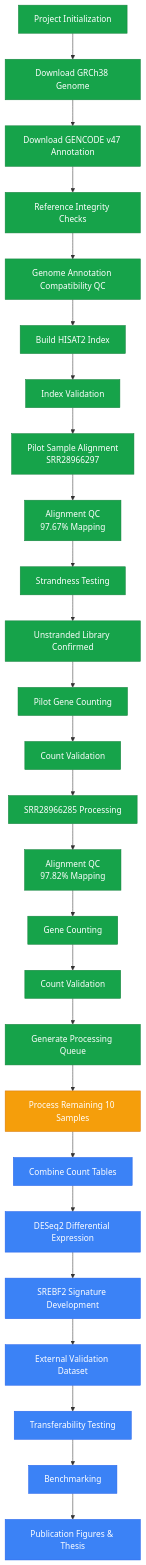
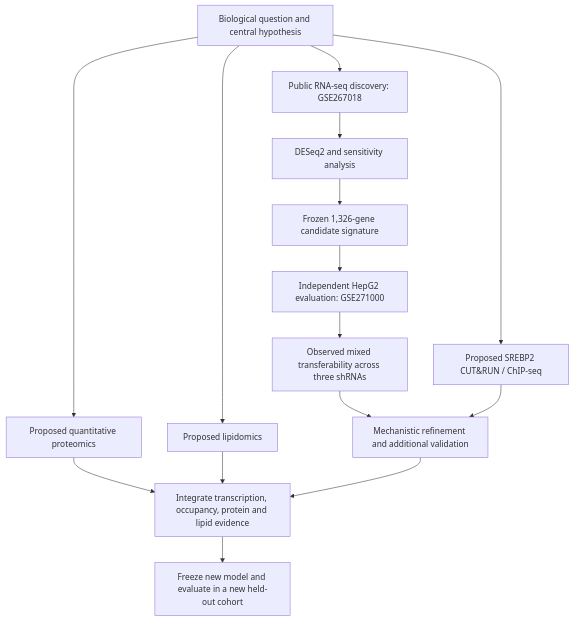
Before and after one commit to mtariqi/srebf2-regulatory-signature: the diagram in README.md, drawn with Mermaid. The commit also changed other lines of this file, not shown here.

Commit message:
docs: update SREBF2 multi-omics proposal and research progress

````diff
--- a/README.md
+++ b/README.md
@@ -43,53 +185,17 @@
 ```mermaid
 flowchart TD
-
-A[Project Initialization] --> B[Download GRCh38 Genome]
-B --> C[Download GENCODE v47 Annotation]
-
-C --> D[Reference Integrity Checks]
-D --> E[Genome Annotation Compatibility QC]
-
-E --> F[Build HISAT2 Index]
-F --> G[Index Validation]
-
-G --> H[Pilot Sample Alignment<br>SRR28966297]
-H --> I[Alignment QC<br>97.67% Mapping]
-
-I --> J[Strandness Testing]
-J --> K[Unstranded Library Confirmed]
-
-K --> L[Pilot Gene Counting]
-L --> M[Count Validation]
-
-M --> N[SRR28966285 Processing]
-N --> O[Alignment QC<br>97.82% Mapping]
-
-O --> P[Gene Counting]
-P --> Q[Count Validation]
-
-Q --> R[Generate Processing Queue]
-
-R --> S[Process Remaining 10 Samples]
-
-S --> T[Combine Count Tables]
-
-T --> U[DESeq2 Differential Expression]
-
-U --> V[SREBF2 Signature Development]
-
-V --> W[External Validation Dataset]
-
-W --> X[Transferability Testing]
-
-X --> Y[Benchmarking]
-
-Y --> Z[Publication Figures & Thesis]
-
-classDef completed fill:#16a34a,color:#fff,stroke:#15803d
-classDef current fill:#f59e0b,color:#fff,stroke:#d97706
-classDef future fill:#3b82f6,color:#fff,stroke:#2563eb
-
-class A,B,C,D,E,F,G,H,I,J,K,L,M,N,O,P,Q,R completed
-class S current
-class T,U,V,W,X,Y,Z future
+    A[Biological question and central hypothesis] --> B[Public RNA-seq discovery: GSE267018]
+    B --> C[DESeq2 and sensitivity analysis]
+    C --> D[Frozen 1,326-gene candidate signature]
+    D --> E[Independent HepG2 evaluation: GSE271000]
+    E --> F[Observed mixed transferability across three shRNAs]
+    F --> G[Mechanistic refinement and additional validation]
+    A --> H[Proposed SREBP2 CUT&RUN / ChIP-seq]
+    A --> I[Proposed quantitative proteomics]
+    A --> J[Proposed lipidomics]
+    H --> G
+    I --> K[Integrate transcription, occupancy, protein and lipid evidence]
+    J --> K
+    G --> K
+    K --> L[Freeze new model and evaluate in a new held-out cohort]
 ```
````
